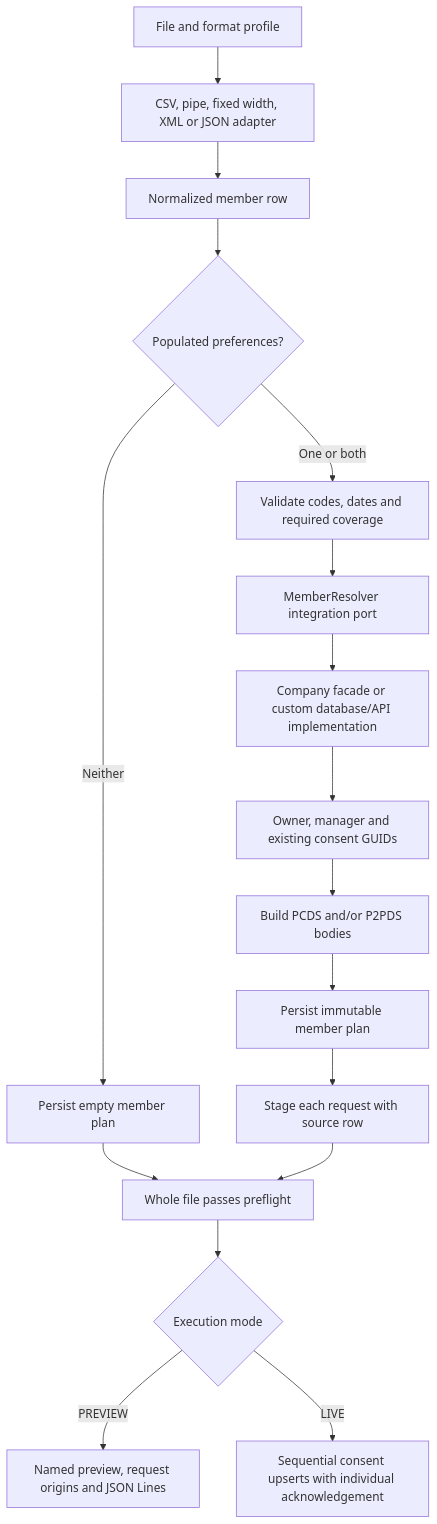
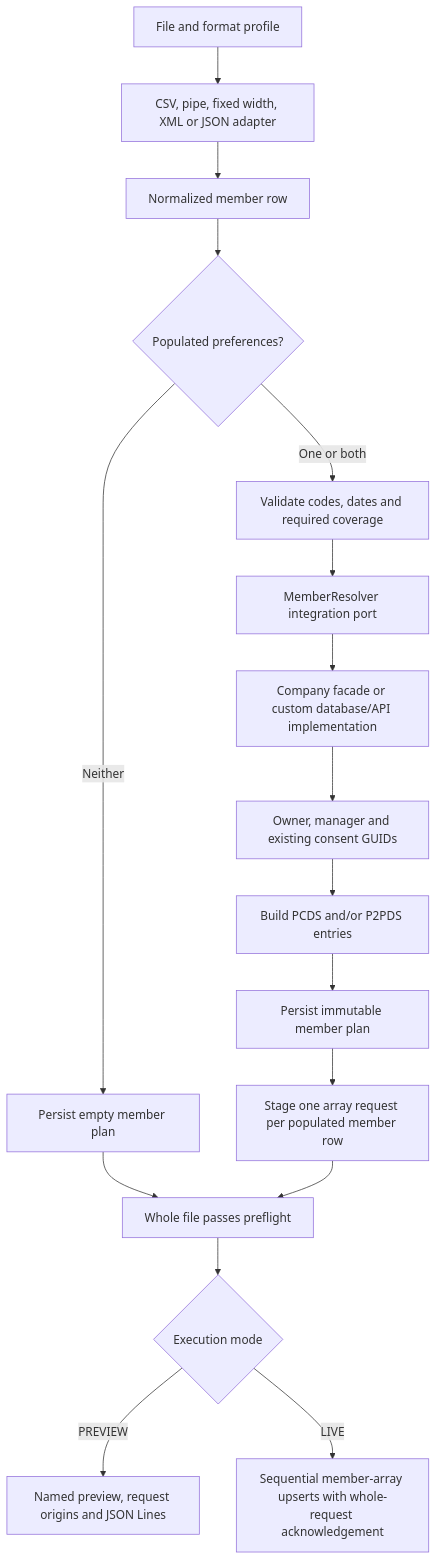
Before and after one commit to jenbrick/fileadapter: the diagram in docs/consent.md, drawn with Mermaid. The commit also changed other lines of this file and 23 other files, not shown here.

First line of the commit message:
Send one combined consent array per member row

````diff
--- a/docs/consent.md
+++ b/docs/consent.md
@@ -53,19 +53,19 @@
 ```mermaid
 flowchart TD
     File["File and format profile"] --> Adapter["CSV, pipe, fixed width, XML or JSON adapter"]
     Adapter --> Row["Normalized member row"]
     Row --> Intent{"Populated preferences?"}
     Intent -->|Neither| Noop["Persist empty member plan"]
     Intent -->|One or both| Rules["Validate codes, dates and required coverage"]
     Rules --> Lookup["MemberResolver integration port"]
     Lookup --> Company["Company facade or custom database/API implementation"]
     Company --> Identity["Owner, manager and existing consent GUIDs"]
-    Identity --> Build["Build PCDS and/or P2PDS bodies"]
+    Identity --> Build["Build PCDS and/or P2PDS entries"]
     Build --> Plan["Persist immutable member plan"]
     Noop --> Ready["Whole file passes preflight"]
-    Plan --> Ledger["Stage each request with source row"]
+    Plan --> Ledger["Stage one array request per populated member row"]
     Ledger --> Ready
     Ready --> Mode{"Execution mode"}
     Mode -->|PREVIEW| Preview["Named preview, request origins and JSON Lines"]
-    Mode -->|LIVE| Send["Sequential consent upserts with individual acknowledgement"]
+    Mode -->|LIVE| Send["Sequential member-array upserts with whole-request acknowledgement"]
 ```
````
